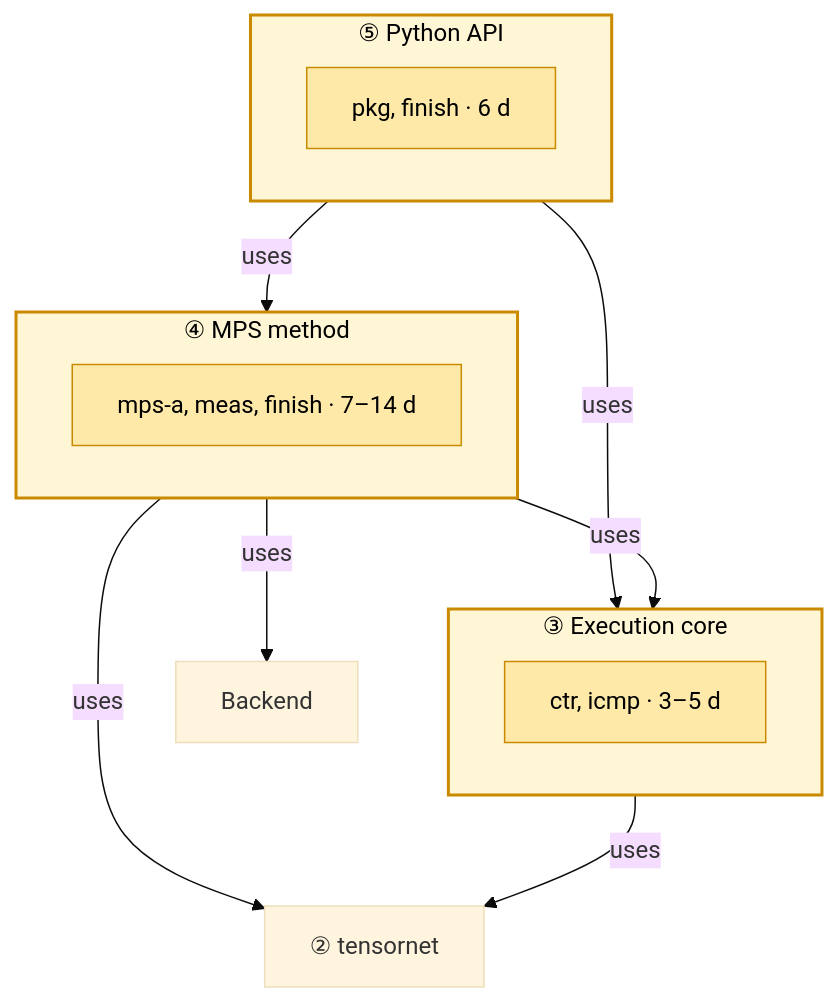
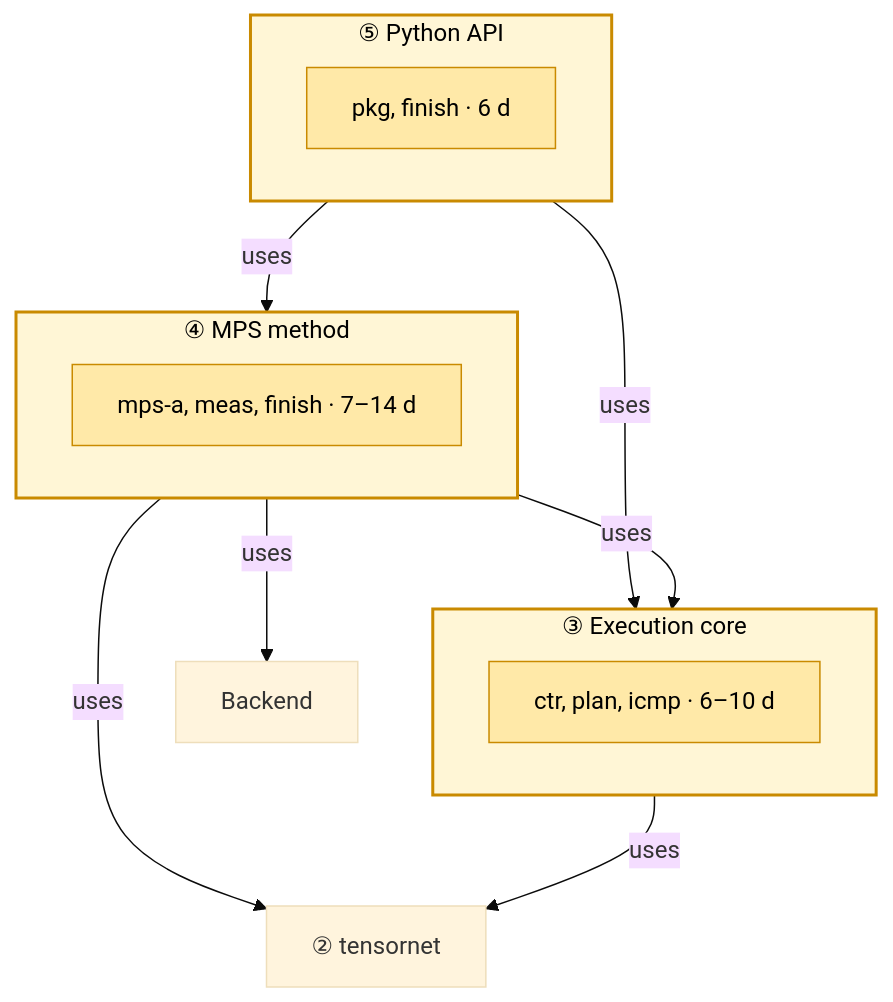
One commit to microsoft/qsharp changed the third of 10 diagrams in source/TensorNetworkDesign.md. Above: the diagram before and after it, drawn with Mermaid (base theme). The commit also changed other lines of this file and 13 other files, not shown here.

````diff
--- a/source/TensorNetworkDesign.md
+++ b/source/TensorNetworkDesign.md
@@ -437,26 +540,26 @@
 ```mermaid
 flowchart TB
   subgraph py ["⑤ Python API"]
     pwork["pkg, finish · 6 d"]
   end
   subgraph mps ["④ MPS method"]
     mwork["mps-a, meas, finish · 7–14 d"]
   end
   subgraph core ["③ Execution core"]
-    cwork["ctr, icmp · 3–5 d"]
+    cwork["ctr, plan, icmp · 6–10 d"]
   end
   tn["② tensornet"]
   back["Backend"]
   py -- "uses" --> mps
   py -- "uses" --> core
   mps -- "uses" --> core
   mps -- "uses" --> tn
   mps -- "uses" --> back
   core -- "uses" --> tn
   style py fill:#fff6d6,stroke:#c98a00,stroke-width:2px,color:#000
   style pwork fill:#ffe9a8,stroke:#c98a00,color:#000
   style mps fill:#fff6d6,stroke:#c98a00,stroke-width:2px,color:#000
   style mwork fill:#ffe9a8,stroke:#c98a00,color:#000
   style core fill:#fff6d6,stroke:#c98a00,stroke-width:2px,color:#000
   style cwork fill:#ffe9a8,stroke:#c98a00,color:#000
 ```
````
